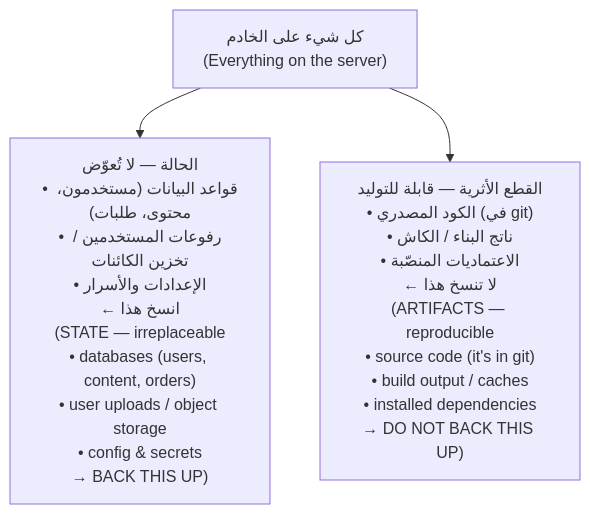
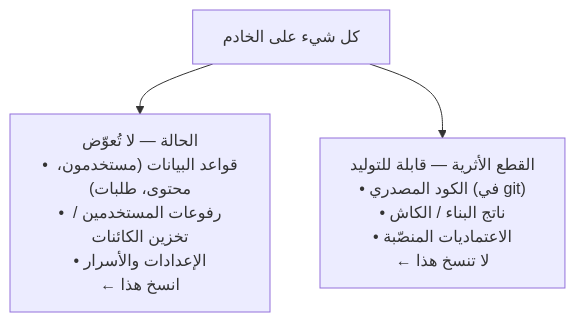
One commit to Tamoura/system-design-for-vibe-coders changed the fourth of 10 diagrams in modules/02-data-storage-backups/module.ar.md. Above: the diagram before and after it, drawn with Mermaid. The commit also changed other lines of this file and 551 other files, not shown here.

First line of the commit message:
Apply the content audit's fixes across all 12 courses

````diff
--- a/modules/02-data-storage-backups/module.ar.md
+++ b/modules/02-data-storage-backups/module.ar.md
@@ -347,5 +347,5 @@
 ```mermaid
 flowchart TD
-    ALL["كل شيء على الخادم<br/>(Everything on the server)"] --> STATE["الحالة — لا تُعوّض<br/>• قواعد البيانات (مستخدمون، محتوى، طلبات)<br/>• رفوعات المستخدمين / تخزين الكائنات<br/>• الإعدادات والأسرار<br/>← انسخ هذا<br/>(STATE — irreplaceable<br/>• databases (users, content, orders)<br/>• user uploads / object storage<br/>• config & secrets<br/>→ BACK THIS UP)"]
-    ALL --> ART["القطع الأثرية — قابلة للتوليد<br/>• الكود المصدري (في git)<br/>• ناتج البناء / الكاش<br/>• الاعتماديات المنصّبة<br/>← لا تنسخ هذا<br/>(ARTIFACTS — reproducible<br/>• source code (it's in git)<br/>• build output / caches<br/>• installed dependencies<br/>→ DO NOT BACK THIS UP)"]
+    ALL["كل شيء على الخادم"] --> STATE["الحالة — لا تُعوّض<br/>• قواعد البيانات (مستخدمون، محتوى، طلبات)<br/>• رفوعات المستخدمين / تخزين الكائنات<br/>• الإعدادات والأسرار<br/>← انسخ هذا"]
+    ALL --> ART["القطع الأثرية — قابلة للتوليد<br/>• الكود المصدري (في git)<br/>• ناتج البناء / الكاش<br/>• الاعتماديات المنصّبة<br/>← لا تنسخ هذا"]
 ```
````
